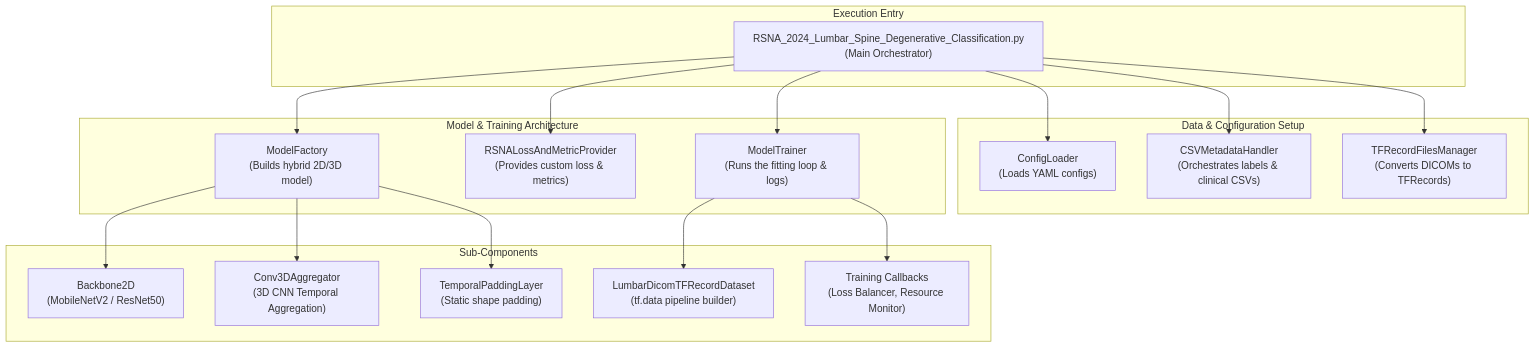
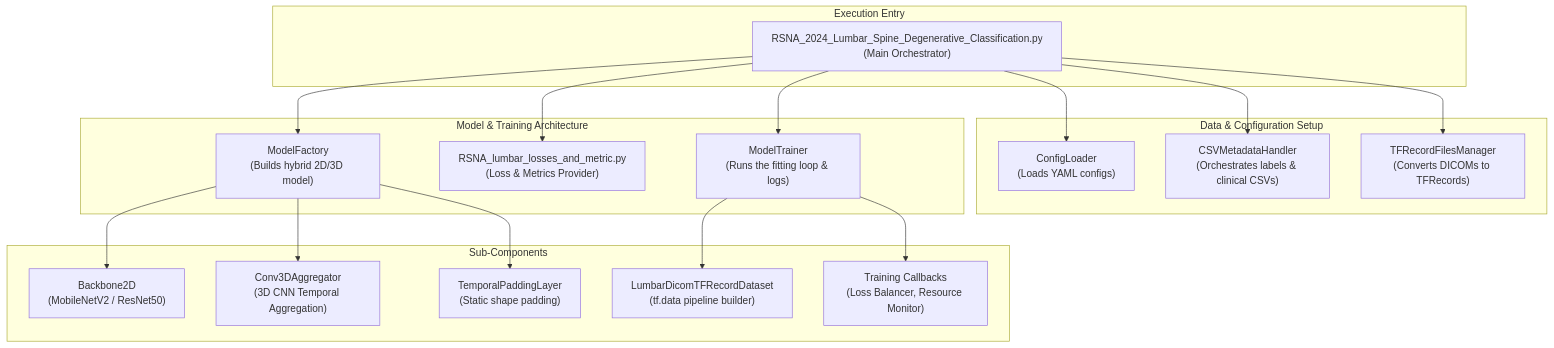
Before and after one commit to OlivierR63/RSNA_Items_Detection_Classification: the second of 4 diagrams in README.md, drawn with Mermaid. The commit also changed other lines of this file and 3 other files, not shown here.

First line of the commit message:
Refactor core pipeline orchestration and enhance architecture docs

````diff
--- a/README.md
+++ b/README.md
@@ -55,41 +53,37 @@
 ```mermaid
 graph TD
     subgraph Execution Entry
         Main["RSNA_2024_Lumbar_Spine_Degenerative_Classification.py<br/>(Main Orchestrator)"]
     end
     
     subgraph Data & Configuration Setup
         Config["ConfigLoader<br/>(Loads YAML configs)"]
         CSV["CSVMetadataHandler<br/>(Orchestrates labels & clinical CSVs)"]
         TFRecord["TFRecordFilesManager<br/>(Converts DICOMs to TFRecords)"]
     end
     
     subgraph Model & Training Architecture
         Factory["ModelFactory<br/>(Builds hybrid 2D/3D model)"]
-        Losses["RSNALossAndMetricProvider<br/>(Provides custom loss & metrics)"]
+        Losses["RSNA_lumbar_losses_and_metric.py<br/>(Loss & Metrics Provider)"]
         Trainer["ModelTrainer<br/>(Runs the fitting loop & logs)"]
     end
     
     subgraph Sub-Components
         Backbone["Backbone2D<br/>(MobileNetV2 / ResNet50)"]
         Aggregator["Conv3DAggregator<br/>(3D CNN Temporal Aggregation)"]
         Padding["TemporalPaddingLayer<br/>(Static shape padding)"]
         Dataset["LumbarDicomTFRecordDataset<br/>(tf.data pipeline builder)"]
         Callbacks["Training Callbacks<br/>(Loss Balancer, Resource Monitor)"]
     end
-
-    %% Flow/Dependencies
     Main --> Config
     Main --> CSV
     Main --> TFRecord
     Main --> Factory
     Main --> Losses
     Main --> Trainer
-
     Trainer --> Dataset
     Trainer --> Callbacks
-
     Factory --> Backbone
     Factory --> Aggregator
     Factory --> Padding
 ```
````
